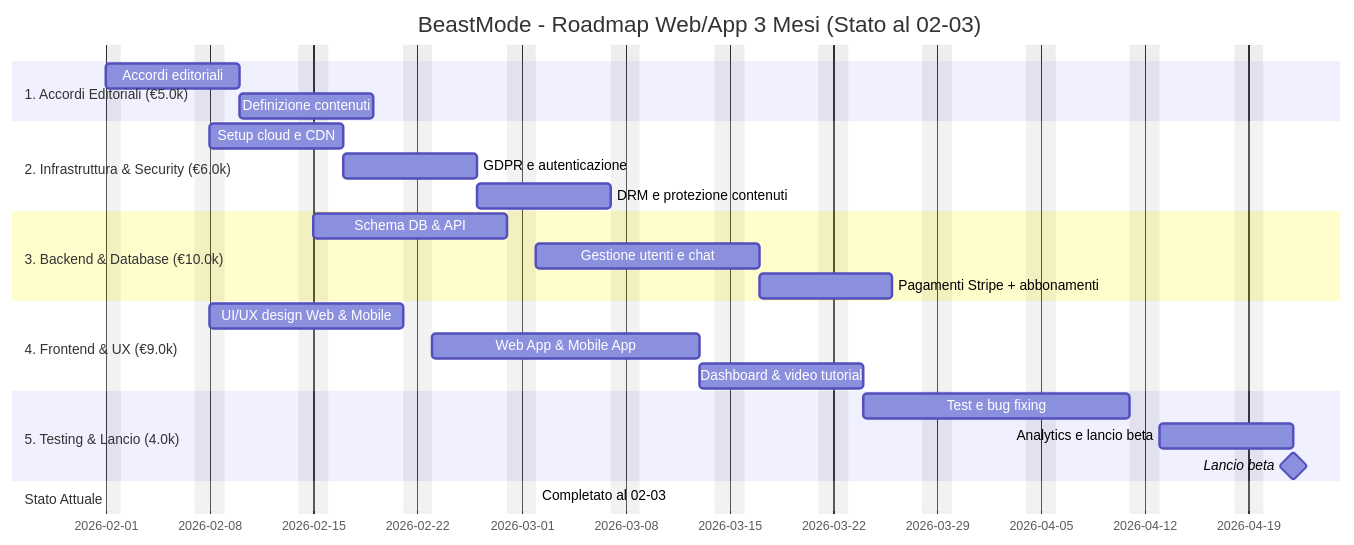
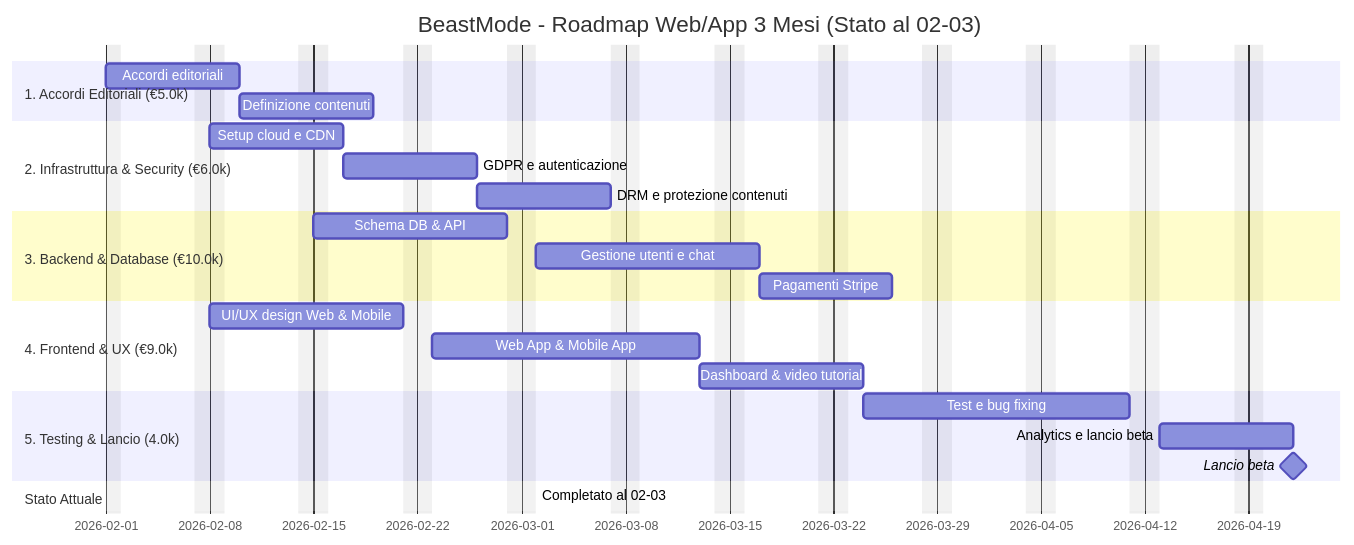
The second of 2 diagrams in README.md (alxkndr/GEP), drawn with Mermaid before and after one commit. The commit also changed other lines of this file, not shown here.

````diff
--- a/README.md
+++ b/README.md
@@ -397,41 +410,41 @@
 ```mermaid
 gantt
     title BeastMode - Roadmap Web/App 3 Mesi (Stato al 02-03)
     dateFormat  MM-DD
     excludes    weekends
 
     %% ----------------------------
     section 1. Accordi Editoriali (€5.0k)
     Accordi editoriali            :ae1, 02-01, 1w
     Definizione contenuti          :ae2, after ae1, 1w
 
     %% ----------------------------
     section 2. Infrastruttura & Security (€6.0k)
     Setup cloud e CDN             :is1, 02-08, 1w
     GDPR e autenticazione         :is2, after is1, 1w
     DRM e protezione contenuti    :is3, after is2, 1w
 
     %% ----------------------------
     section 3. Backend & Database (€10.0k)
     Schema DB & API               :bd1, 02-15, 1.5w
     Gestione utenti e chat        :bd2, after bd1, 1.5w
-    Pagamenti Stripe + abbonamenti :bd3, after bd2, 1w
+    Pagamenti Stripe              :bd3, after bd2, 1w
 
     %% ----------------------------
     section 4. Frontend & UX (€9.0k)
     UI/UX design Web & Mobile     :fe1, 02-08, 1.5w
     Web App & Mobile App          :fe2, after fe1, 2w
     Dashboard & video tutorial    :fe3, after fe2, 1w
 
     %% ----------------------------
     section 5. Testing & Lancio (4.0k)
     Test e bug fixing             :tl1, after fe3, 2w
     Analytics e lancio beta       :tl2, after tl1, 1w
 
     %% ----------------------------
     Lancio beta                   :milestone, after tl2, 0d
 
     %% ----------------------------
     section Stato Attuale
     Completato al 02-03          :done, 03-02, 0d
 ```
````
